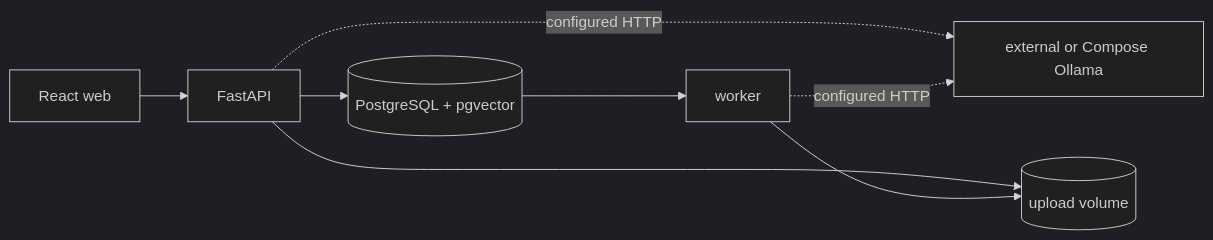
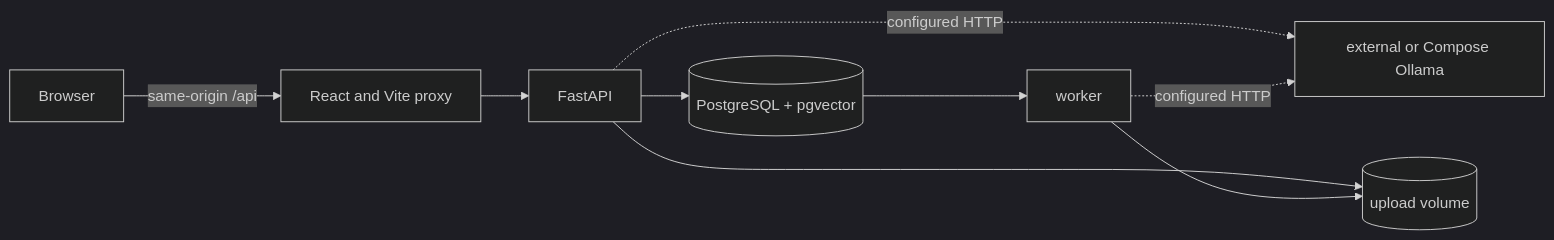
The diagram in docs/architecture.md (kereszteszsolt/cite-nook-ai), drawn with Mermaid (dark theme) before and after one commit. The commit also changed other lines of this file and 17 other files, not shown here.

````diff
--- a/docs/architecture.md
+++ b/docs/architecture.md
@@ -5,10 +5,11 @@
 ```mermaid
 flowchart LR
-    WEB[React web] --> API[FastAPI]
+    BROWSER[Browser] -->|same-origin /api| WEB[React and Vite proxy]
+    WEB --> API[FastAPI]
     API --> DB[(PostgreSQL + pgvector)]
     DB --> WORKER[worker]
     API -. configured HTTP .-> OLLAMA[external or Compose Ollama]
     WORKER -. configured HTTP .-> OLLAMA
     API --> FILES[(upload volume)]
     WORKER --> FILES
 ```
````
